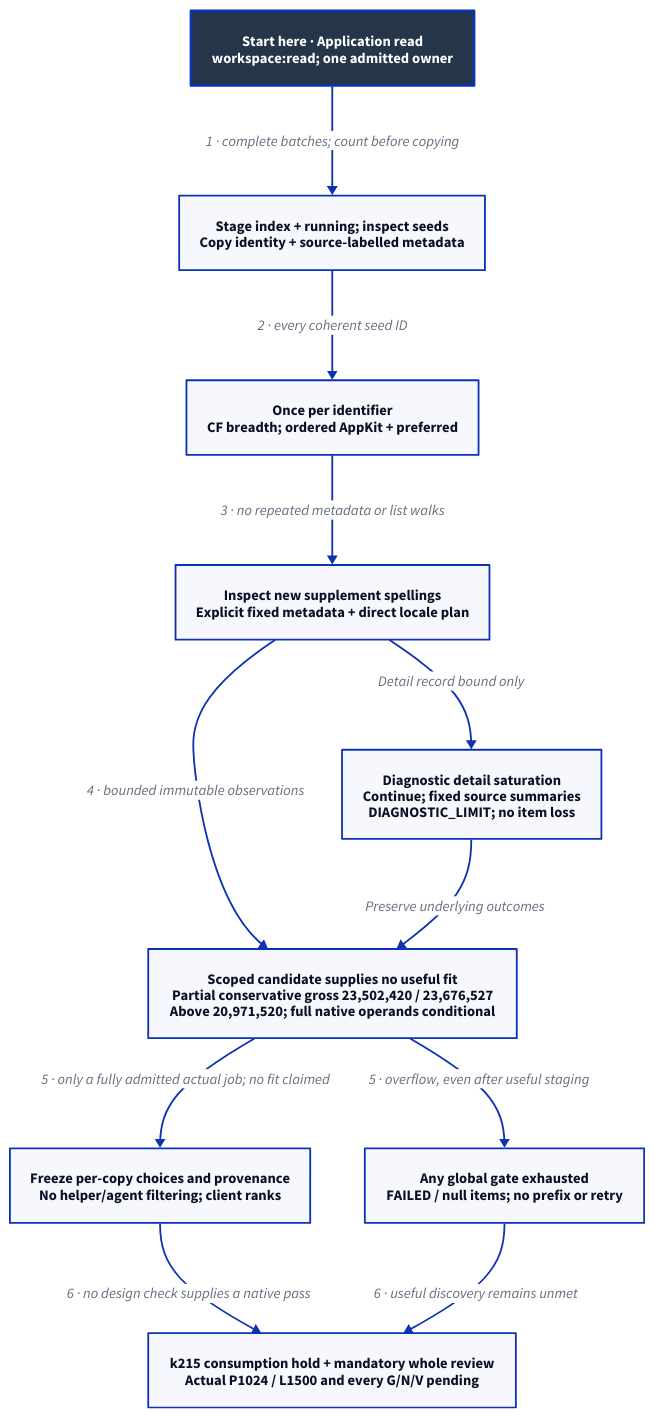
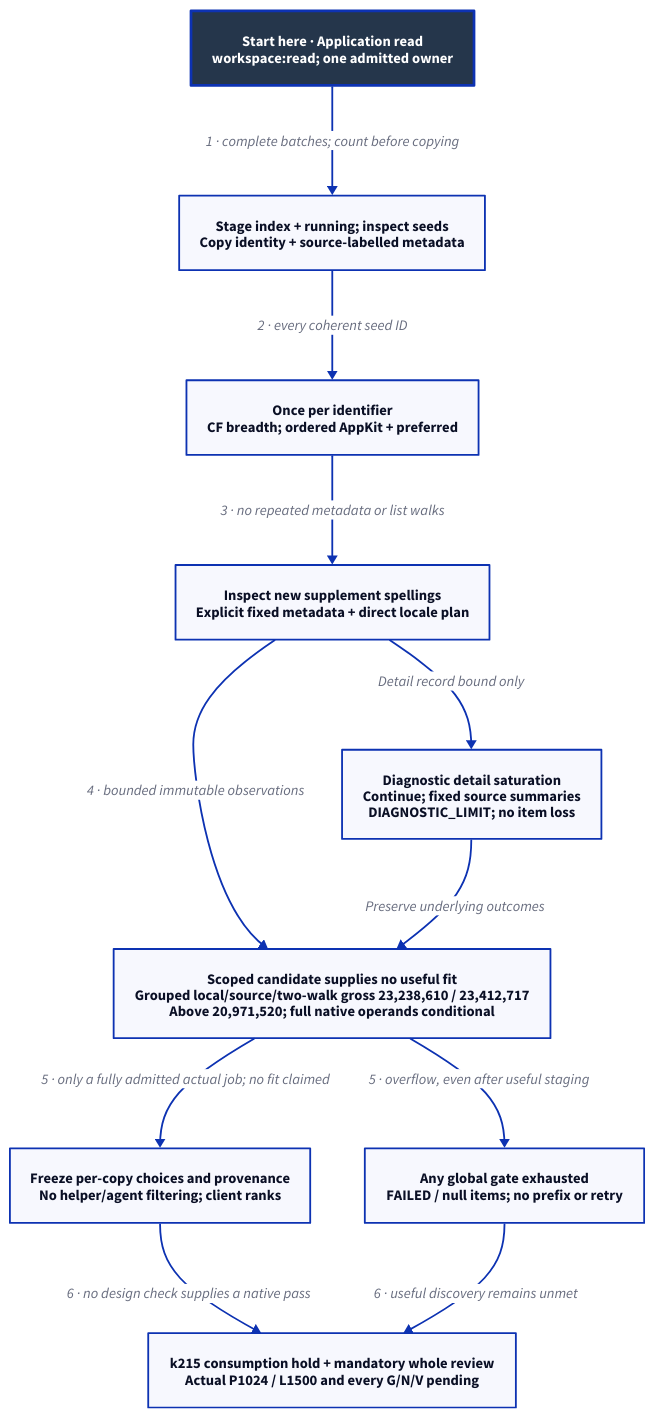
The diagram in docs/design/architecture/native-application-population.d2 (Linkuistics/Koine), drawn with D2 before and after one commit. The commit also changed 129 other files, not shown here.

Commit message:
Repair private qualification contracts and charter metadata-shape design (application-localized-metadata-k237)

```diff
--- a/docs/design/architecture/native-application-population.d2
+++ b/docs/design/architecture/native-application-population.d2
@@ -1,24 +1,24 @@
 # Application component/activity view; proposed, no native qualification.
 direction: down
 classes: {
   start: {style: {fill: "#25364B"; font-color: "#FFFFFF"; bold: true; stroke-width: 3}}
 }
 Start: "Start here · Application read\nworkspace:read; one admitted owner" {class: start}
 Sources: "Stage index + running; inspect seeds\nCopy identity + source-labelled metadata"
 Registration: "Once per identifier\nCF breadth; ordered AppKit + preferred"
 Inspect: "Inspect new supplement spellings\nExplicit fixed metadata + direct locale plan"
-Finish: "Scoped candidate supplies no useful fit\nPartial conservative gross 23,502,420 / 23,676,527\nAbove 20,971,520; full native operands conditional"
+Finish: "Scoped candidate supplies no useful fit\nGrouped local/source/two-walk gross 23,238,610 / 23,412,717\nAbove 20,971,520; full native operands conditional"
 Failure: "Any global gate exhausted\nFAILED / null items; no prefix or retry"
 Diagnostic: "Diagnostic detail saturation\nContinue; fixed source summaries\nDIAGNOSTIC_LIMIT; no item loss"
 Publish: "Freeze per-copy choices and provenance\nNo helper/agent filtering; client ranks"
 Qualification: "k215 consumption hold + mandatory whole review\nActual P1024 / L1500 and every G/N/V pending"
 Start -> Sources: "1 · complete batches; count before copying"
 Sources -> Registration: "2 · every coherent seed ID"
 Registration -> Inspect: "3 · no repeated metadata or list walks"
 Inspect -> Finish: "4 · bounded immutable observations"
 Finish -> Failure: "5 · overflow, even after useful staging"
 Finish -> Publish: "5 · only a fully admitted actual job; no fit claimed"
 Inspect -> Diagnostic: "Detail record bound only"
 Diagnostic -> Finish: "Preserve underlying outcomes"
 Publish -> Qualification: "6 · no design check supplies a native pass"
 Failure -> Qualification: "6 · useful discovery remains unmet"
```
